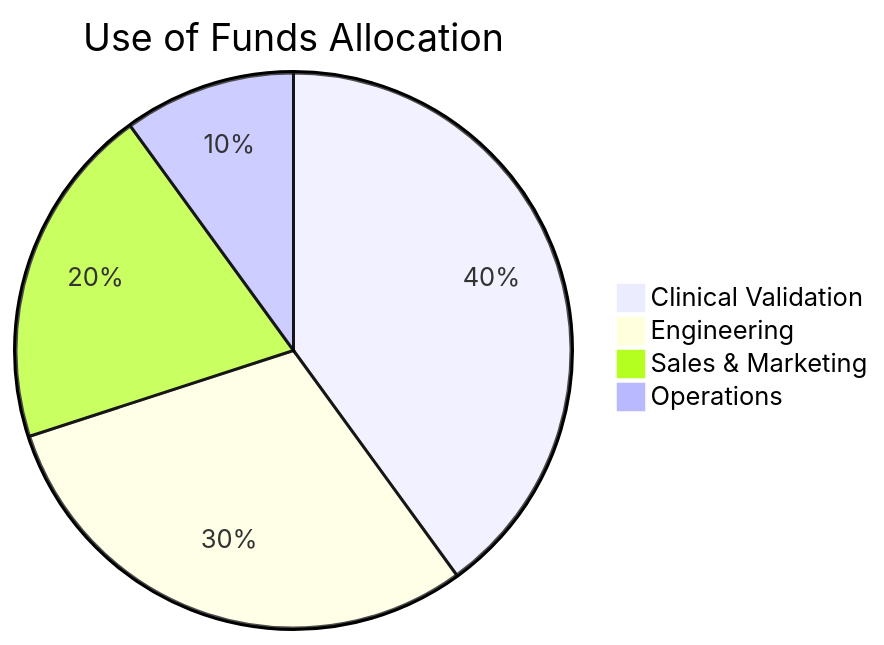
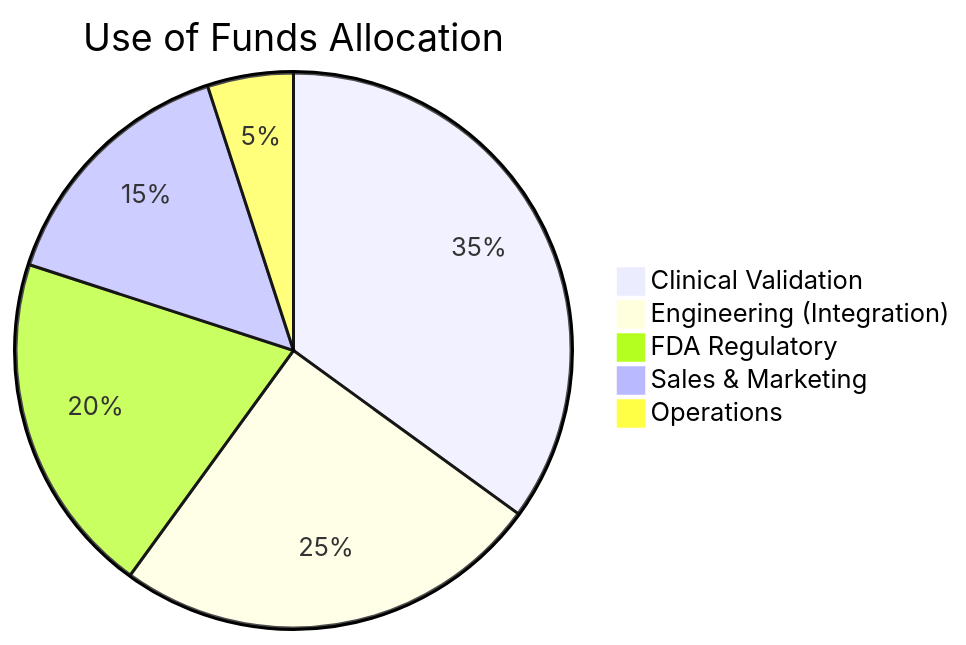
One commit to asq-sheriff/SHOWCASE_REPO-Therapeutic_AI_Companion changed diagram 11 of 11 in docs/INVESTOR_OVERVIEW.md. Above: the diagram before and after it, drawn with Mermaid. The commit also changed other lines of this file and 7 other files, not shown here.

First line of the commit message:
docs: Sync all documentation with current state and accelerated roadmap

````diff
--- a/docs/INVESTOR_OVERVIEW.md
+++ b/docs/INVESTOR_OVERVIEW.md
@@ -581,7 +612,8 @@
 ```mermaid
 pie title Use of Funds Allocation
-    "Clinical Validation" : 40
-    "Engineering" : 30
-    "Sales & Marketing" : 20
-    "Operations" : 10
+    "Clinical Validation" : 35
+    "Engineering (Integration)" : 25
+    "FDA Regulatory" : 20
+    "Sales & Marketing" : 15
+    "Operations" : 5
 ```
````
